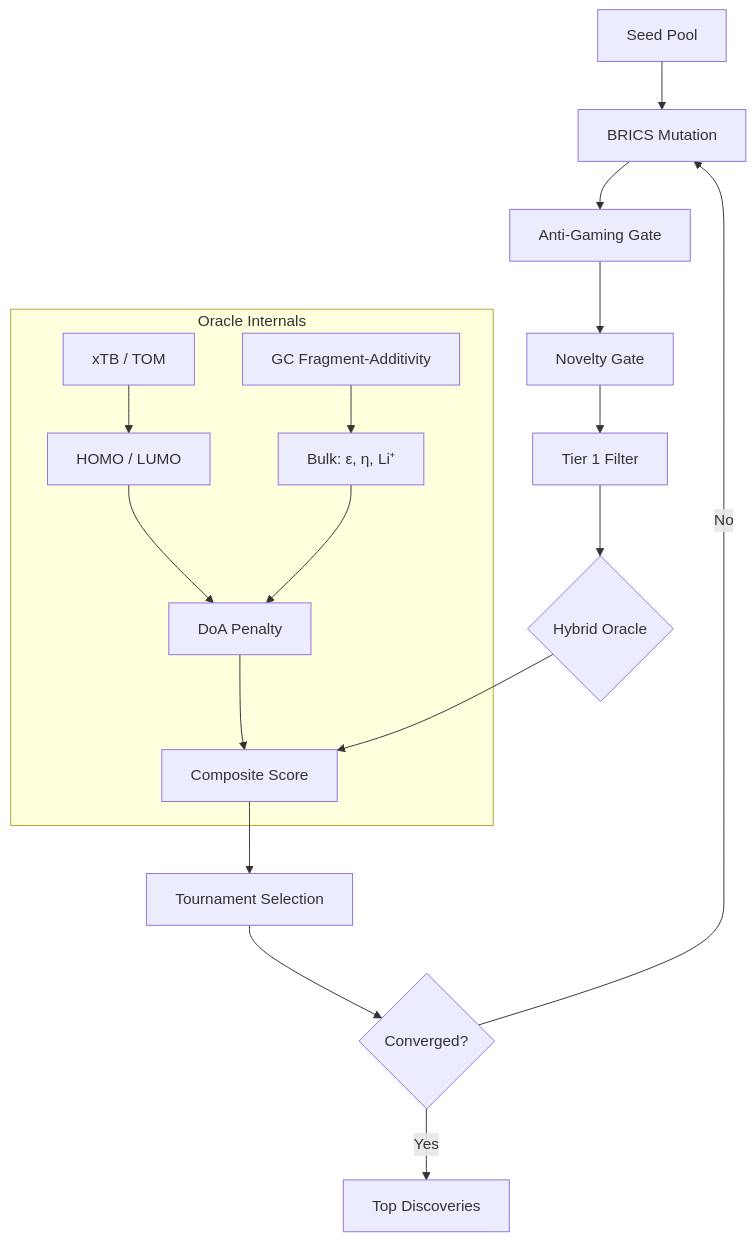
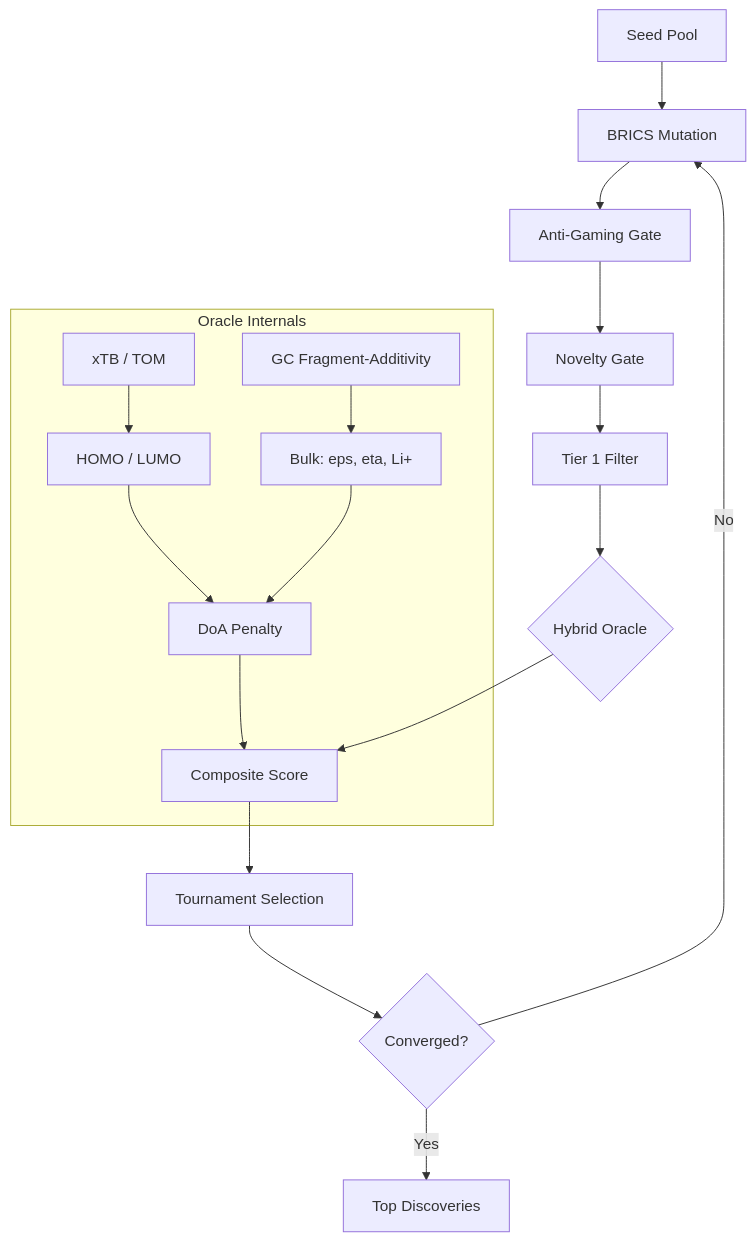
The diagram in README.md (tomwolfe/ProjectAurelius), drawn with Mermaid before and after one commit.

Commit message:
Fix Mermaid diagram rendering on GitHub (flowchart TD, quoted labels, ASCII chars)

````diff
--- a/README.md
+++ b/README.md
@@ -20,22 +20,22 @@
 ```mermaid
-graph TD
-    A[Seed Pool] --> B[BRICS Mutation]
-    B --> C[Anti-Gaming Gate]
-    C --> D[Novelty Gate]
-    D --> E[Tier 1 Filter]
-    E --> F{Hybrid Oracle}
+flowchart TD
+    A["Seed Pool"] --> B["BRICS Mutation"]
+    B --> C["Anti-Gaming Gate"]
+    C --> D["Novelty Gate"]
+    D --> E["Tier 1 Filter"]
+    E --> F{"Hybrid Oracle"}
 
-    subgraph Oracle[Oracle Internals]
-        G[xTB / TOM] --> H[HOMO / LUMO]
-        I[GC Fragment-Additivity] --> J[Bulk: ε, η, Li⁺]
-        H --> K[DoA Penalty]
+    subgraph Oracle["Oracle Internals"]
+        G["xTB / TOM"] --> H["HOMO / LUMO"]
+        I["GC Fragment-Additivity"] --> J["Bulk: eps, eta, Li+"]
+        H --> K["DoA Penalty"]
         J --> K
-        K --> L[Composite Score]
+        K --> L["Composite Score"]
     end
 
     F --> L
-    L --> M[Tournament Selection]
-    M --> N{Converged?}
+    L --> M["Tournament Selection"]
+    M --> N{"Converged?"}
     N -->|No| B
-    N -->|Yes| O[Top Discoveries]
+    N -->|Yes| O["Top Discoveries"]
 ```
````
